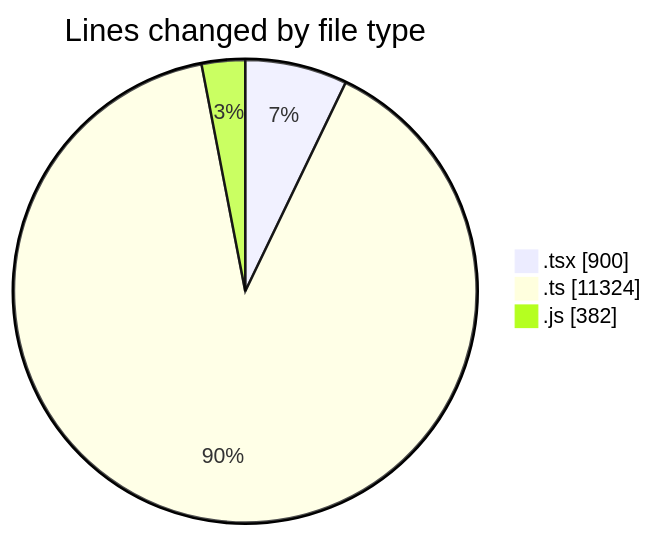
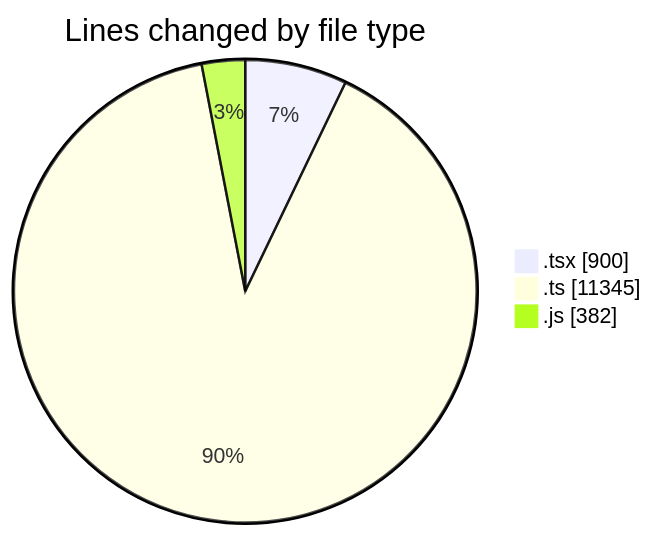
One commit to momahboobian/code-tracking changed the first of 2 diagrams in 2025-11-26/cda/README.md. Above: the diagram before and after it, drawn with Mermaid. The commit also changed other lines of this file and 1 other file, not shown here.

````diff
--- a/2025-11-26/cda/README.md
+++ b/2025-11-26/cda/README.md
@@ -26,7 +26,7 @@
 ```mermaid
 pie showData
 title Lines changed by file type
 ".tsx" : 900
-".ts" : 11324
+".ts" : 11345
 ".js" : 382
 ```
````
